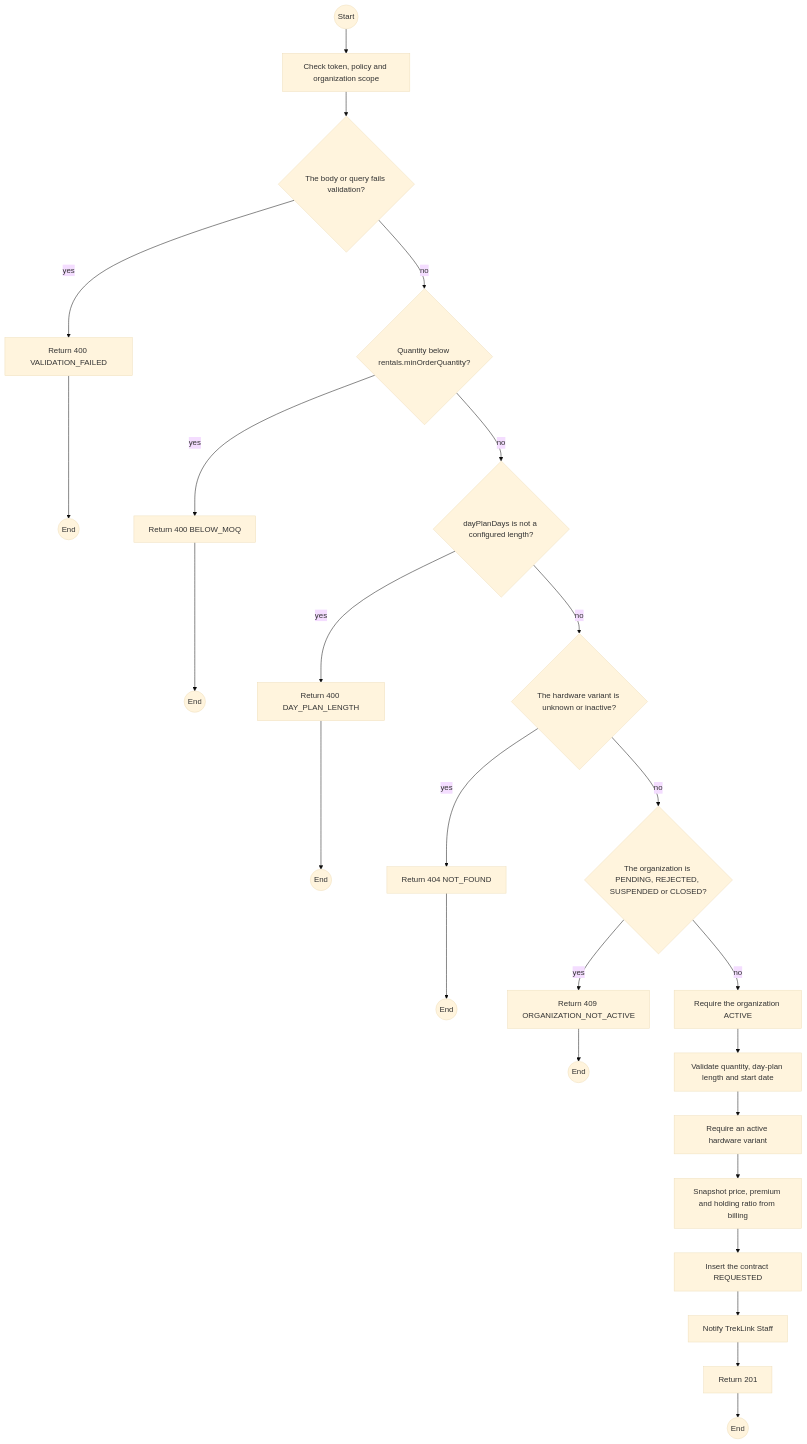
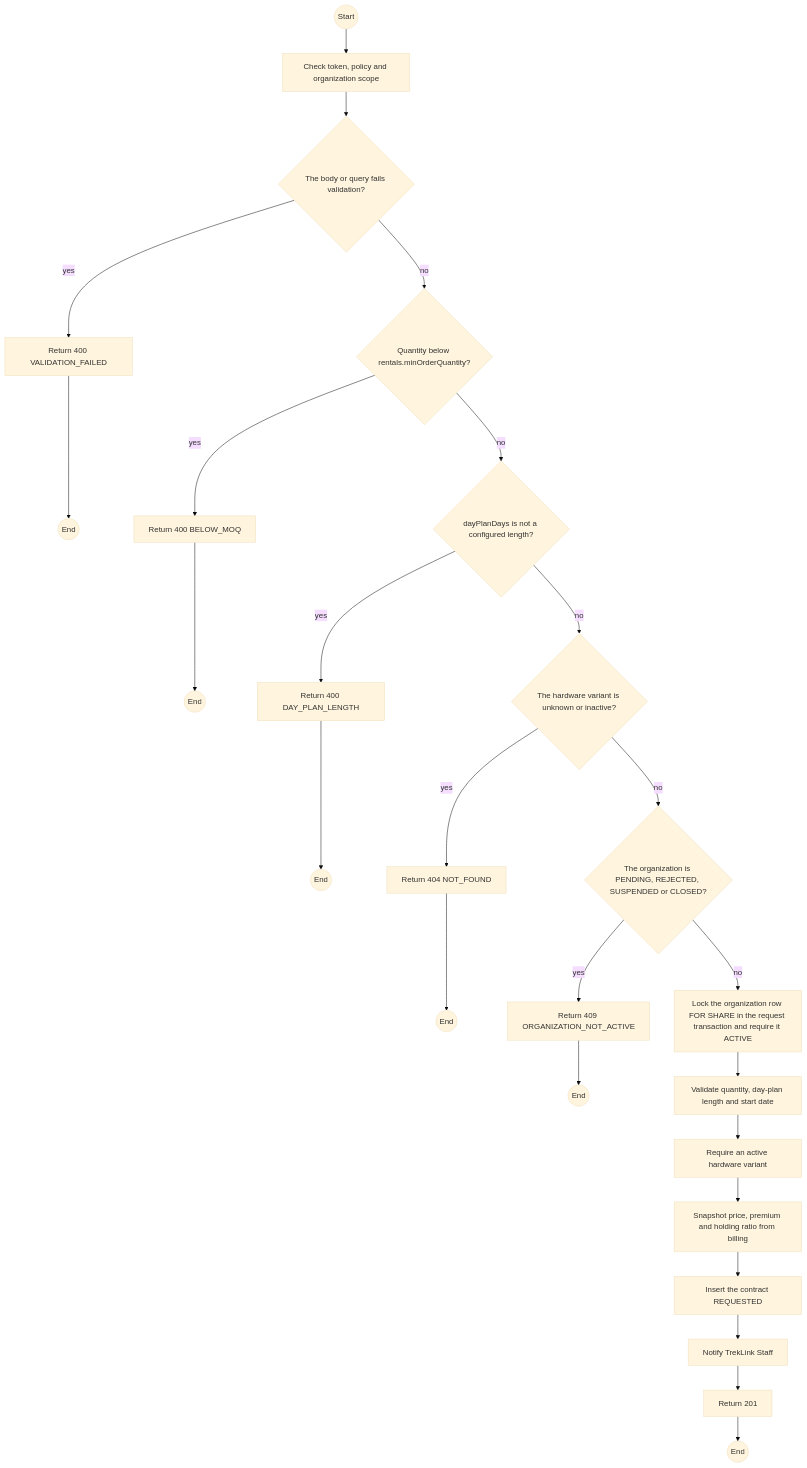
Before and after one commit to TrekLink-Team/treklink-web: the first of 2 diagrams in specs/rentals/api-design/01-post-contracts.md, drawn with Mermaid (base theme). The commit also changed other lines of this file and 7 other files, not shown here.

````diff
--- a/specs/rentals/api-design/01-post-contracts.md
+++ b/specs/rentals/api-design/01-post-contracts.md
@@ -212,46 +212,46 @@
 ```mermaid
 flowchart TB
     S((Start))
     A0["Check token, policy and organization scope"]
     S --> A0
     D1{"The body or query fails validation?"}
     A0 --> D1
     E1["Return 400 VALIDATION_FAILED"]
     D1 -->|yes| E1
     E1 --> X1((End))
     D2{"Quantity below rentals.minOrderQuantity?"}
     D1 -->|no| D2
     E2["Return 400 BELOW_MOQ"]
     D2 -->|yes| E2
     E2 --> X2((End))
     D3{"dayPlanDays is not a configured length?"}
     D2 -->|no| D3
     E3["Return 400 DAY_PLAN_LENGTH"]
     D3 -->|yes| E3
     E3 --> X3((End))
     D4{"The hardware variant is unknown or inactive?"}
     D3 -->|no| D4
     E4["Return 404 NOT_FOUND"]
     D4 -->|yes| E4
     E4 --> X4((End))
     D5{"The organization is PENDING, REJECTED, SUSPENDED or CLOSED?"}
     D4 -->|no| D5
     E5["Return 409 ORGANIZATION_NOT_ACTIVE"]
     D5 -->|yes| E5
     E5 --> X5((End))
-    P0["Require the organization ACTIVE"]
+    P0["Lock the organization row FOR SHARE in the request transaction and require it ACTIVE"]
     D5 -->|no| P0
     P1["Validate quantity, day-plan length and start date"]
     P0 --> P1
     P2["Require an active hardware variant"]
     P1 --> P2
     P3["Snapshot price, premium and holding ratio from billing"]
     P2 --> P3
     P4["Insert the contract REQUESTED"]
     P3 --> P4
     P5["Notify TrekLink Staff"]
     P4 --> P5
     OK["Return 201"]
     P5 --> OK
     OK --> Z((End))
 ```
````
